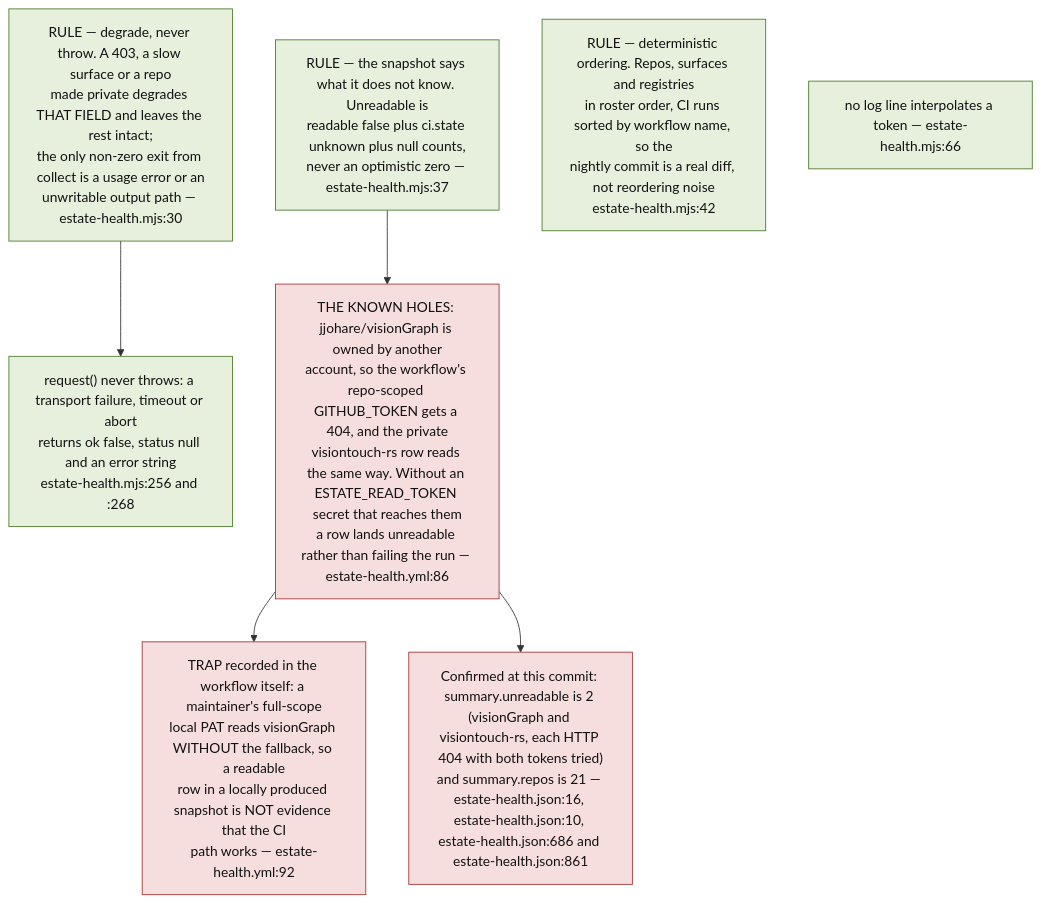
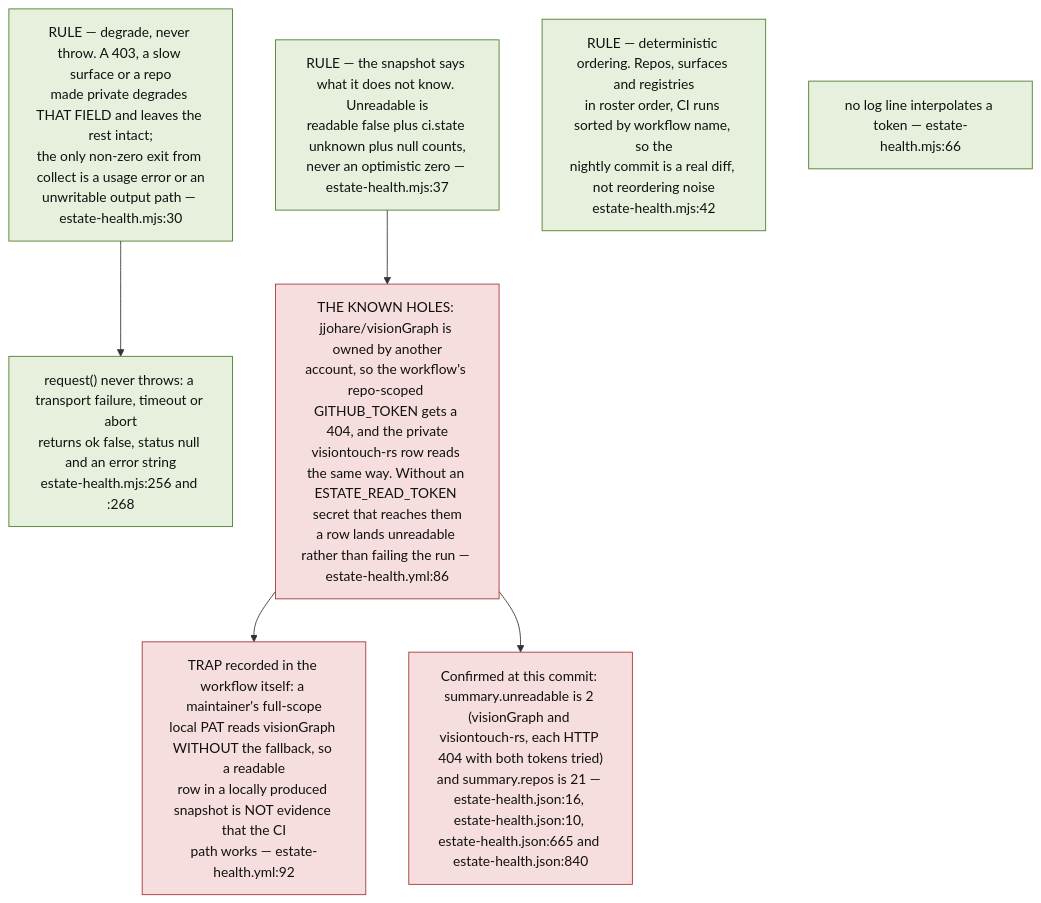
Before and after one commit to DreamLab-AI/VisionFlow: the fifth of 9 diagrams in docs/diagrams/visionflow/03-estate-health.md, drawn with Mermaid. The commit also changed other lines of this file and 14 other files, not shown here.

Commit message:
docs: align settlement, daemon and dated health diagrams

````diff
--- a/docs/diagrams/visionflow/03-estate-health.md
+++ b/docs/diagrams/visionflow/03-estate-health.md
@@ -175,20 +175,20 @@
 ```mermaid
 flowchart TB
     classDef rule fill:#e6f0dc,stroke:#4a7a2a,color:#111
     classDef bad fill:#f7dede,stroke:#a33333,color:#111
 
     R1["RULE — degrade, never throw. A 403, a slow surface or a repo<br/>made private degrades THAT FIELD and leaves the rest intact;<br/>the only non-zero exit from collect is a usage error or an<br/>unwritable output path — estate-health.mjs:30"]:::rule
     R2["RULE — the snapshot says what it does not know. Unreadable is<br/>readable false plus ci.state unknown plus null counts,<br/>never an optimistic zero — estate-health.mjs:37"]:::rule
     R3["RULE — deterministic ordering. Repos, surfaces and registries<br/>in roster order, CI runs sorted by workflow name, so the<br/>nightly commit is a real diff, not reordering noise<br/>estate-health.mjs:42"]:::rule
 
     MECH["request() never throws: a transport failure, timeout or abort<br/>returns ok false, status null and an error string<br/>estate-health.mjs:256 and :268"]:::rule
     R1 --> MECH
     NOTOK["no log line interpolates a token — estate-health.mjs:66"]:::rule
 
     HOLE["THE KNOWN HOLES: jjohare/visionGraph is owned by another<br/>account, so the workflow's repo-scoped GITHUB_TOKEN gets a 404, and the private<br/>visiontouch-rs row reads the same way. Without an ESTATE_READ_TOKEN secret that reaches them<br/>a row lands unreadable rather than failing the run — estate-health.yml:86"]:::bad
     R2 --> HOLE
     TRAP["TRAP recorded in the workflow itself: a maintainer's full-scope<br/>local PAT reads visionGraph WITHOUT the fallback, so a readable<br/>row in a locally produced snapshot is NOT evidence that the CI<br/>path works — estate-health.yml:92"]:::bad
     HOLE --> TRAP
-    LIVE["Confirmed at this commit: summary.unreadable is 2 (visionGraph and visiontouch-rs, each HTTP 404 with both tokens tried)<br/>and summary.repos is 21 — estate-health.json:16, estate-health.json:10, estate-health.json:686 and estate-health.json:861"]:::bad
+    LIVE["Confirmed at this commit: summary.unreadable is 2 (visionGraph and visiontouch-rs, each HTTP 404 with both tokens tried)<br/>and summary.repos is 21 — estate-health.json:16, estate-health.json:10, estate-health.json:665 and estate-health.json:840"]:::bad
     HOLE --> LIVE
 ```
````
